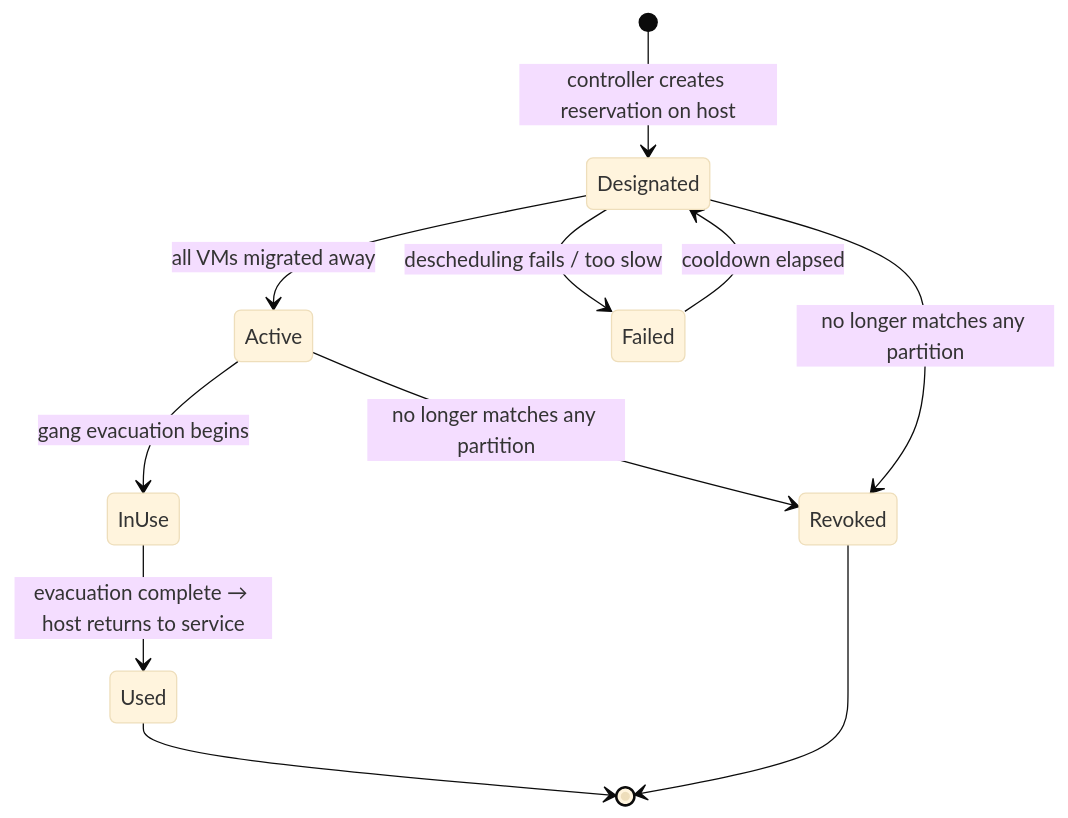
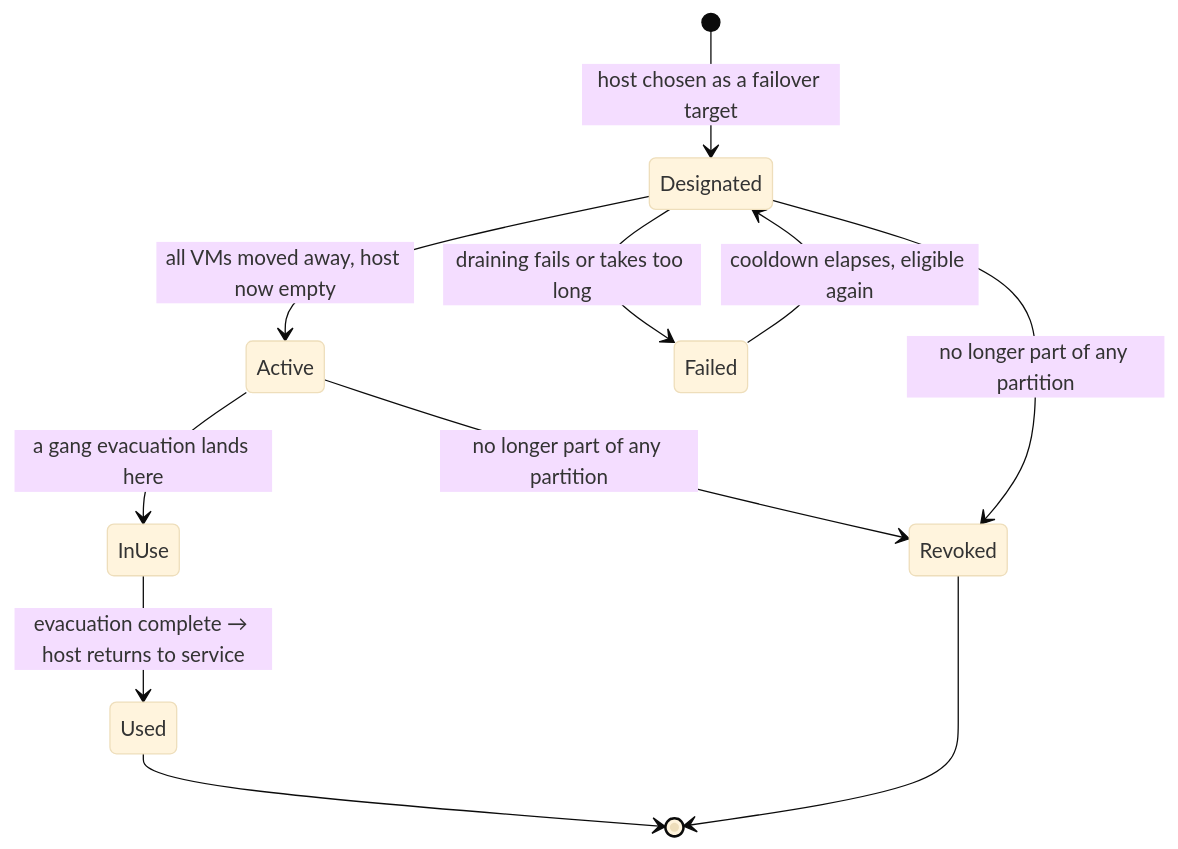
The tenth of 10 diagrams in docs/03-reservations-and-inventory/04-failover-host-reservations.md (cobaltcore-dev/cortex), drawn with Mermaid (base theme) before and after one commit. The commit also changed other lines of this file, not shown here.

First line of the commit message:
docs(failoverhost): rewrite failover host reservations for human readers

````diff
--- a/docs/03-reservations-and-inventory/04-failover-host-reservations.md
+++ b/docs/03-reservations-and-inventory/04-failover-host-reservations.md
@@ -249,13 +323,13 @@
 ```mermaid
 stateDiagram-v2
-    [*] --> Designated: controller creates reservation on host
-    Designated --> Active: all VMs migrated away
-    Designated --> Failed: descheduling fails / too slow
-    Failed --> Designated: cooldown elapsed
-    Active --> InUse: gang evacuation begins
+    [*] --> Designated: host chosen as a failover target
+    Designated --> Active: all VMs moved away, host now empty
+    Designated --> Failed: draining fails or takes too long
+    Failed --> Designated: cooldown elapses, eligible again
+    Active --> InUse: a gang evacuation lands here
     InUse --> Used: evacuation complete → host returns to service
-    Active --> Revoked: no longer matches any partition
-    Designated --> Revoked: no longer matches any partition
+    Active --> Revoked: no longer part of any partition
+    Designated --> Revoked: no longer part of any partition
     Used --> [*]
     Revoked --> [*]
 ```
````
